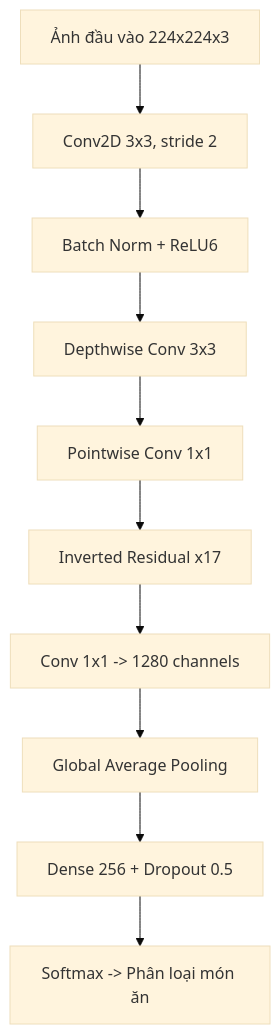
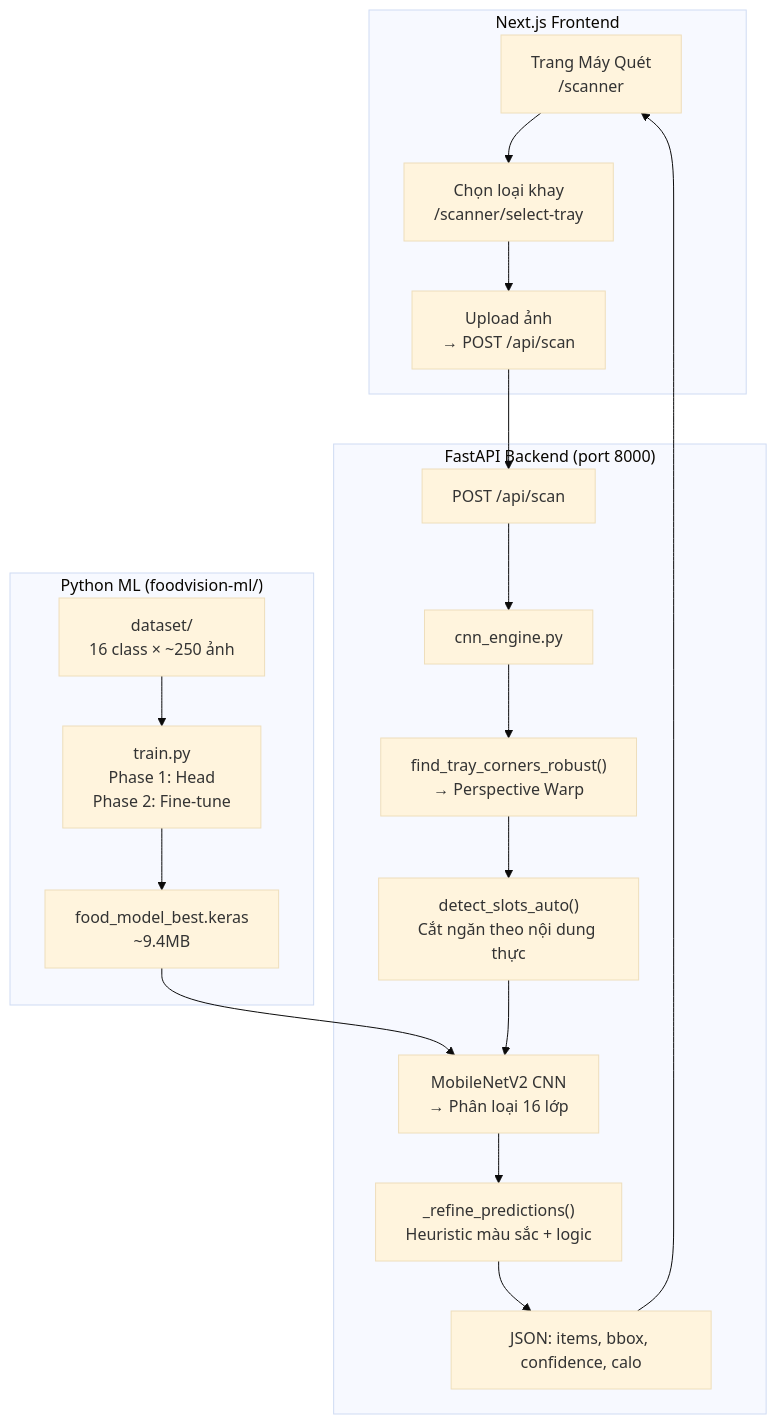
Before and after one commit to DevOpsLogistics/FoodVision-Ai: the first of 4 diagrams in README.md, drawn with Mermaid (base theme). The commit also changed other lines of this file and 79 other files, not shown here.

Commit message:
feat: Add FastAPI backend, warp-auto crop engine, 4 tray layouts, CNN retrain v2

````diff
--- a/README.md
+++ b/README.md
@@ -170,12 +28,28 @@
 ```mermaid
-graph TD
-    A["Ảnh đầu vào 224x224x3"] --> B["Conv2D 3x3, stride 2"]
-    B --> C["Batch Norm + ReLU6"]
-    C --> D["Depthwise Conv 3x3"]
-    D --> E["Pointwise Conv 1x1"]
-    E --> F["Inverted Residual x17"]
-    F --> G["Conv 1x1 -> 1280 channels"]
-    G --> H["Global Average Pooling"]
-    H --> I["Dense 256 + Dropout 0.5"]
-    I --> J["Softmax -> Phân loại món ăn"]
+graph TB
+    subgraph Frontend["Next.js Frontend"]
+        A["Trang Máy Quét\n/scanner"] --> A1["Chọn loại khay\n/scanner/select-tray"]
+        A1 --> A2["Upload ảnh\n→ POST /api/scan"]
+    end
+
+    subgraph API["FastAPI Backend (port 8000)"]
+        B["POST /api/scan"] --> C["cnn_engine.py"]
+        C --> C1["find_tray_corners_robust()\n→ Perspective Warp"]
+        C1 --> C2["detect_slots_auto()\nCắt ngăn theo nội dung thực"]
+        C2 --> C3["MobileNetV2 CNN\n→ Phân loại 16 lớp"]
+        C3 --> C4["_refine_predictions()\nHeuristic màu sắc + logic"]
+        C4 --> B2["JSON: items, bbox, confidence, calo"]
+    end
+
+    subgraph ML["Python ML (foodvision-ml/)"]
+        D["train.py\nPhase 1: Head\nPhase 2: Fine-tune"]
+        E["food_model_best.keras\n~9.4MB"]
+        F["dataset/\n16 class × ~250 ảnh"]
+    end
+
+    A2 --> B
+    B2 --> A
+    D --> E
+    E --> C3
+    F --> D
 ```
````
